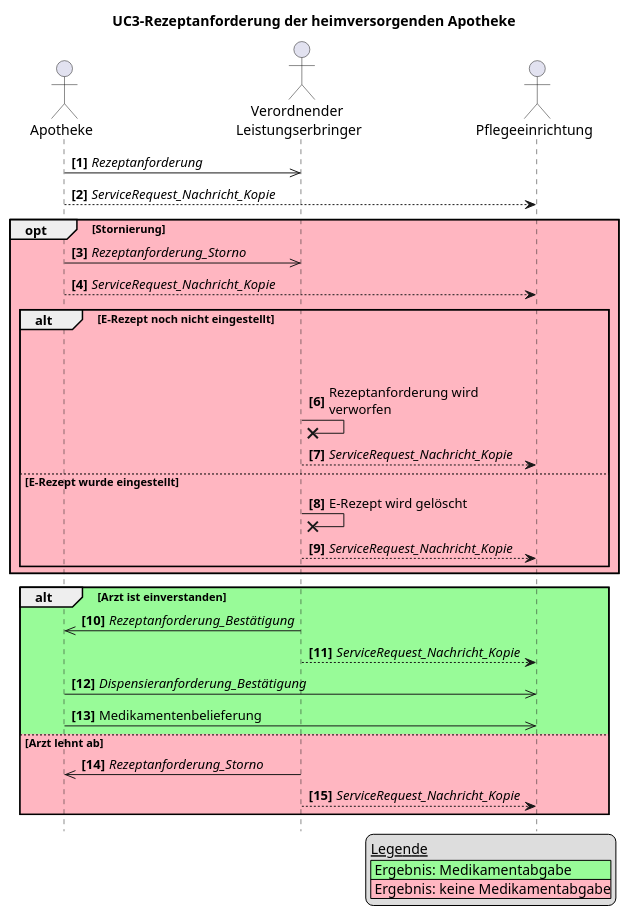
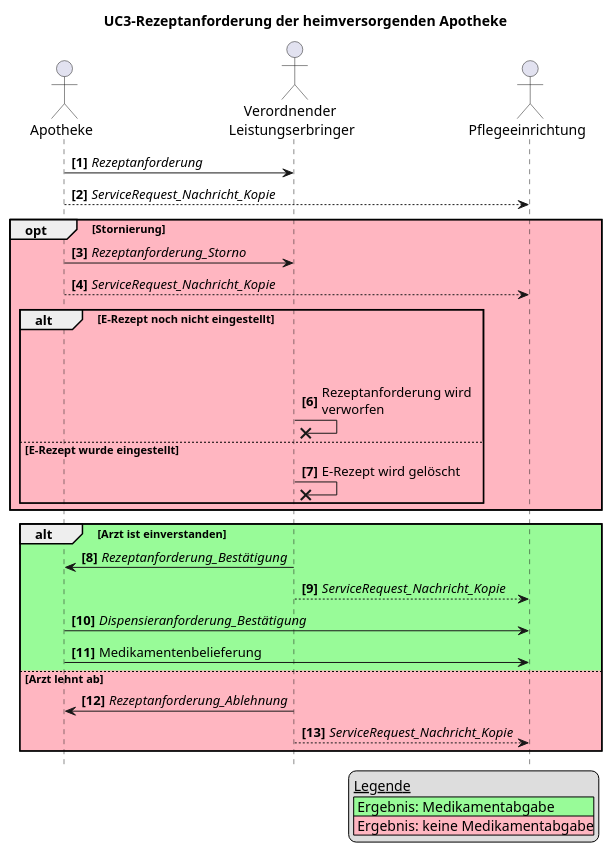
The diagram in Resources/puml/gemF_eRp_KIM/UC3-rezeptanforderung-apotheke.puml (gematik/spec-E-Rezept-ServiceRequest), drawn with PlantUML before and after one commit. The commit also changed 3 other files, not shown here.

```diff
--- a/Resources/puml/gemF_eRp_KIM/UC3-rezeptanforderung-apotheke.puml
+++ b/Resources/puml/gemF_eRp_KIM/UC3-rezeptanforderung-apotheke.puml
@@ -1,49 +1,46 @@
 @startuml name = "UC3-Rezeptanforderung-Apotheke"
 
 
 skinparam maxMessageSize 200
 
 actor Apotheke
 actor "Verordnender \nLeistungserbringer" as Arztpraxis
 actor "Pflegeeinrichtung" as Pflegeeinrichtung
 
 title UC3-Rezeptanforderung der heimversorgenden Apotheke
 hide footbox
 autonumber "<b>[0]"
 
 legend bottom right
     __Legende__
     |<#PaleGreen> Ergebnis: Medikamentabgabe|
     |<#LightPink> Ergebnis: keine Medikamentabgabe|
 endlegend
 
-Apotheke ->> Arztpraxis: //Rezeptanforderung//
+Apotheke -> Arztpraxis: //Rezeptanforderung//
 Apotheke --> Pflegeeinrichtung: //ServiceRequest_Nachricht_Kopie//
 
 opt #LightPink Stornierung
-    Apotheke ->> Arztpraxis: //Rezeptanforderung_Storno//
+    Apotheke -> Arztpraxis: //Rezeptanforderung_Storno//
     Apotheke --> Pflegeeinrichtung: //ServiceRequest_Nachricht_Kopie//
     alt #LightPink E-Rezept noch nicht eingestellt
     Apotheke -[hidden]-> Arztpraxis: Rezeptanforderung wird verworfen
         Arztpraxis ->x Arztpraxis: Rezeptanforderung wird verworfen
-        Arztpraxis --> Pflegeeinrichtung: //ServiceRequest_Nachricht_Kopie//
     else #LightPink E-Rezept wurde eingestellt
         Arztpraxis ->x Arztpraxis: E-Rezept wird gelöscht
-        Arztpraxis --> Pflegeeinrichtung: //ServiceRequest_Nachricht_Kopie//
     end
 end
 
 
 alt #PaleGreen Arzt ist einverstanden 
-    Arztpraxis ->> Apotheke: //Rezeptanforderung_Bestätigung//
+    Arztpraxis -> Apotheke: //Rezeptanforderung_Bestätigung//
     Arztpraxis --> Pflegeeinrichtung: //ServiceRequest_Nachricht_Kopie//
-    Apotheke ->> Pflegeeinrichtung: //Dispensieranforderung_Bestätigung//
-    Apotheke ->> Pflegeeinrichtung: Medikamentenbelieferung
+    Apotheke -> Pflegeeinrichtung: //Dispensieranforderung_Bestätigung//
+    Apotheke -> Pflegeeinrichtung: Medikamentenbelieferung
 
 else #LightPink Arzt lehnt ab
-    Arztpraxis ->> Apotheke: //Rezeptanforderung_Storno//
+    Arztpraxis -> Apotheke: //Rezeptanforderung_Ablehnung//
     Arztpraxis --> Pflegeeinrichtung: //ServiceRequest_Nachricht_Kopie//
 end
 
-
 @enduml
```
